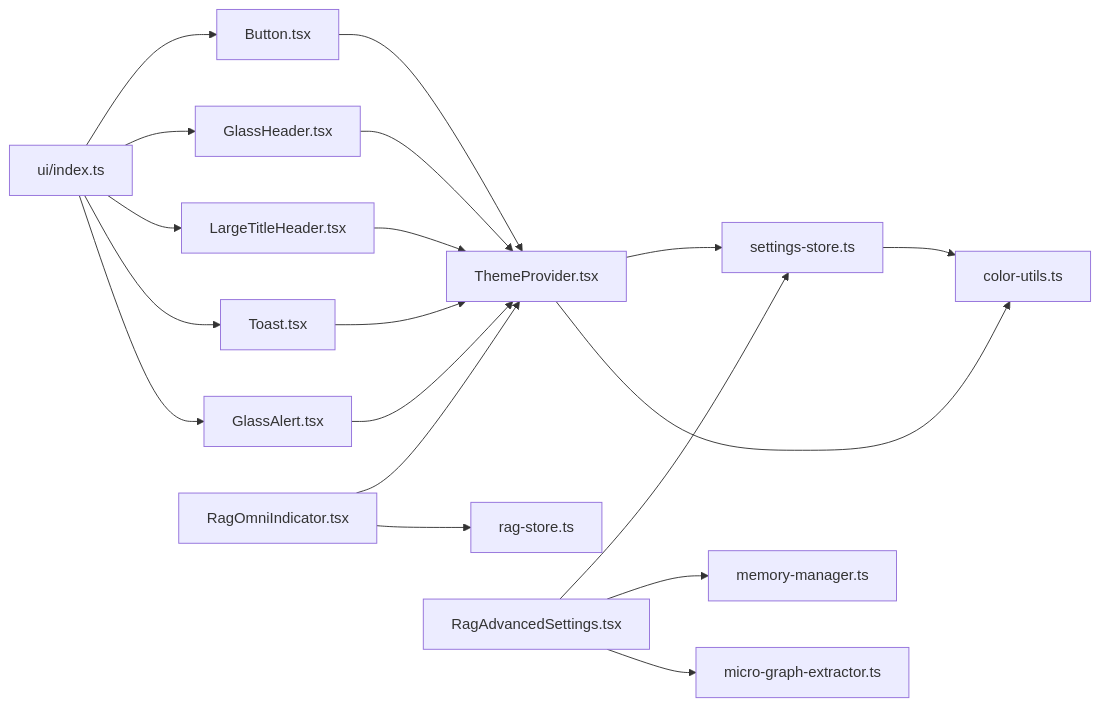
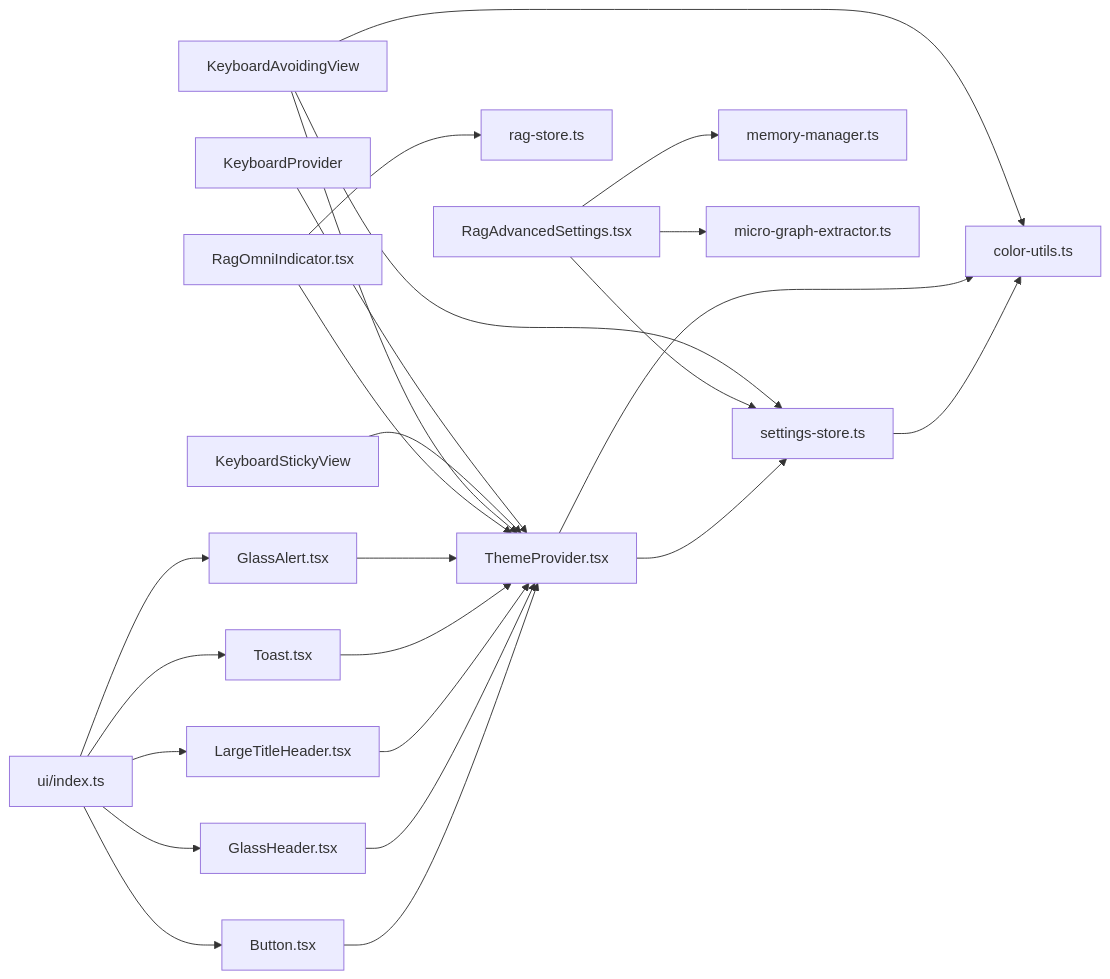
The ninth of 9 diagrams in .qoder/repowiki/zh/content/UI组件系统/UI组件系统.md (NarcisWL/Nexara), drawn with Mermaid before and after one commit. The commit also changed other lines of this file and 19 other files, not shown here.

````diff
--- a/.qoder/repowiki/zh/content/UI组件系统/UI组件系统.md
+++ b/.qoder/repowiki/zh/content/UI组件系统/UI组件系统.md
@@ -430,21 +484,26 @@
 ```mermaid
 graph LR
 ST["settings-store.ts"] --> CU["color-utils.ts"]
 TP["ThemeProvider.tsx"] --> ST
 TP --> CU
 BTN["Button.tsx"] --> TP
 GST["GlassHeader.tsx"] --> TP
 LTH["LargeTitleHeader.tsx"] --> TP
 TST["Toast.tsx"] --> TP
 GAT["GlassAlert.tsx"] --> TP
 ROI["RagOmniIndicator.tsx"] --> TP
 ROI --> RAG["rag-store.ts"]
 RAS["RagAdvancedSettings.tsx"] --> ST
 RAS --> MEM["memory-manager.ts"]
 RAS --> MGE["micro-graph-extractor.ts"]
+KAV["KeyboardAvoidingView"] --> TP
+KAV --> ST
+KAV --> CU
+KSV["KeyboardStickyView"] --> TP
+KPR["KeyboardProvider"] --> TP
 IDX["ui/index.ts"] --> BTN
 IDX --> GST
 IDX --> LTH
 IDX --> TST
 IDX --> GAT
 ```
````
